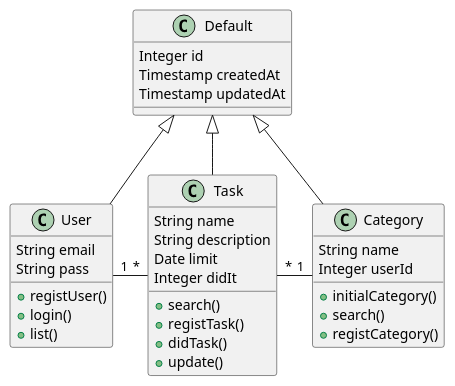
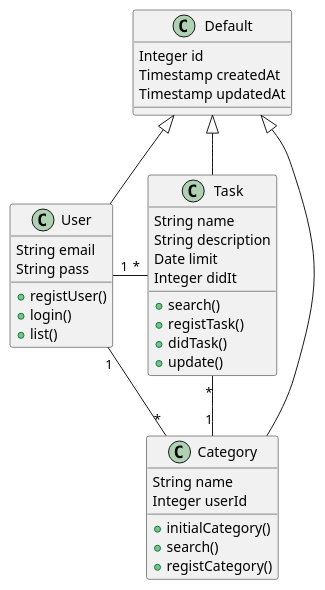
Before and after one commit to a191409/java_semi: the diagram in docs/Test.puml, drawn with PlantUML.

Commit message:
クラス図修正

```diff
--- a/docs/Test.puml
+++ b/docs/Test.puml
@@ -1,47 +1,48 @@
 @startuml
 
 class Default {
     Integer id
     Timestamp createdAt
     Timestamp updatedAt
 }
 
 class User {
     String email
     String pass
 
     + registUser()
     + login()
     + list()
 }
 
 class Task {
     String name
     String description
     Date limit
     Integer didIt
 
     + search()
     + registTask()
     + didTask()
     + update()
 }
 
 class Category {
     String name
     Integer userId
 
     + initialCategory()
     + search()
     + registCategory()
 }
 
 Default <|-- User
 Default <|-- Task
 Default <|-- Category
 
 User "1"-"*" Task
 Task "*"-"1" Category
+User "1"--"*" Category
 
 
 @enduml
```
